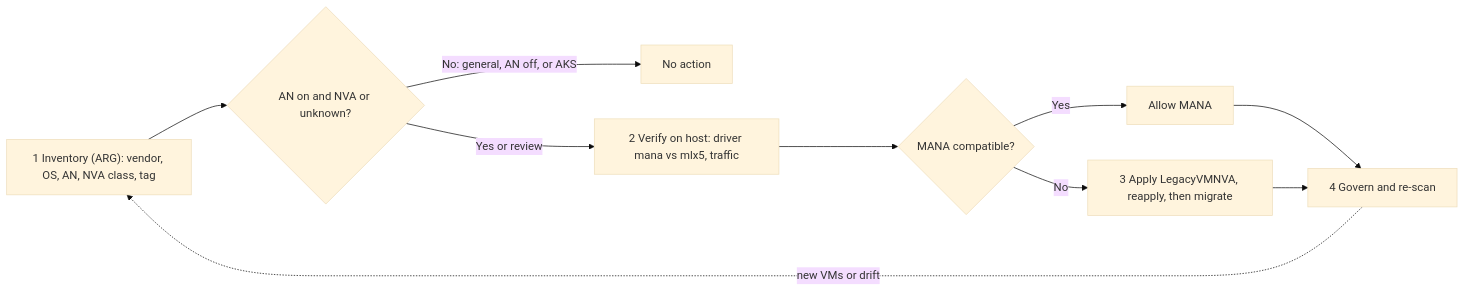
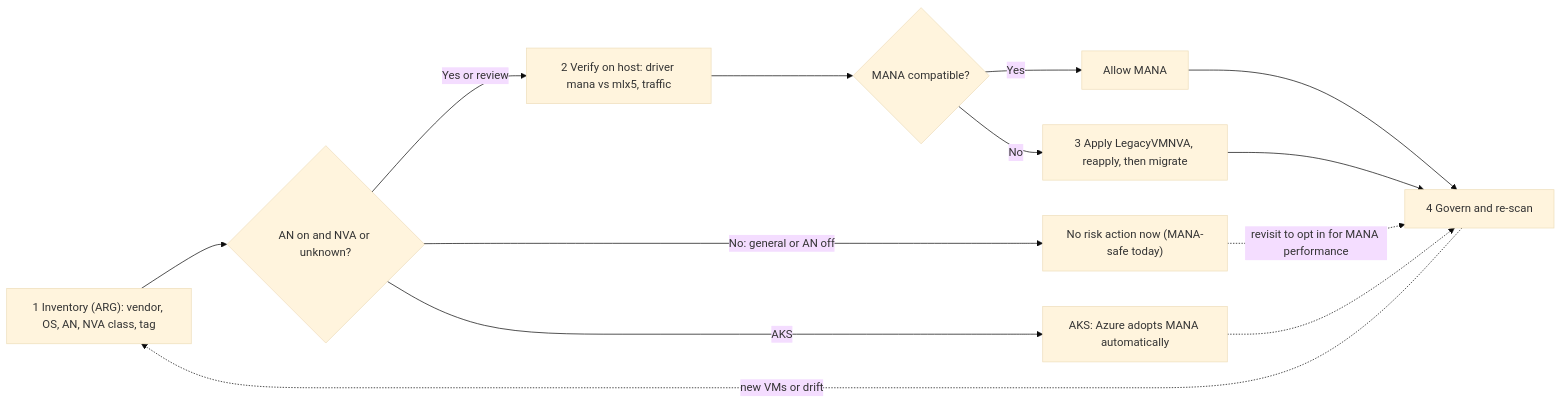
One commit to kpkool/azure-mana-nva-toolkit changed the first of 2 diagrams in README.md. Above: the diagram before and after it, drawn with Mermaid (base theme). The commit also changed other lines of this file and 4 other files, not shown here.

First line of the commit message:
docs: 'No action' is not a dead-end — add MANA optimization/opt-in lifecycle track

````diff
--- a/README.md
+++ b/README.md
@@ -20,12 +20,15 @@
 ```mermaid
 flowchart LR
   A["1 Inventory (ARG): vendor, OS, AN, NVA class, tag"] --> B{"AN on and NVA or unknown?"}
-  B -->|"No: general, AN off, or AKS"| Z["No action"]
+  B -->|"No: general or AN off"| Z["No risk action now (MANA-safe today)"]
+  B -->|"AKS"| K["AKS: Azure adopts MANA automatically"]
   B -->|"Yes or review"| C["2 Verify on host: driver mana vs mlx5, traffic"]
   C --> D{"MANA compatible?"}
   D -->|"Yes"| E["Allow MANA"]
   D -->|"No"| F["3 Apply LegacyVMNVA, reapply, then migrate"]
   E --> G["4 Govern and re-scan"]
   F --> G
+  Z -.->|"revisit to opt in for MANA performance"| G
+  K -.-> G
   G -.->|"new VMs or drift"| A
 ```
````
